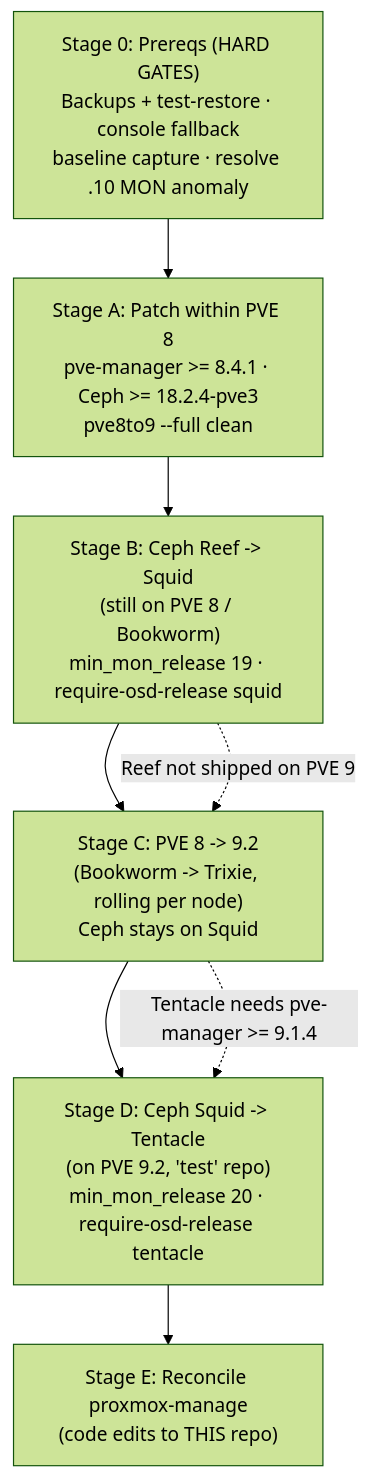
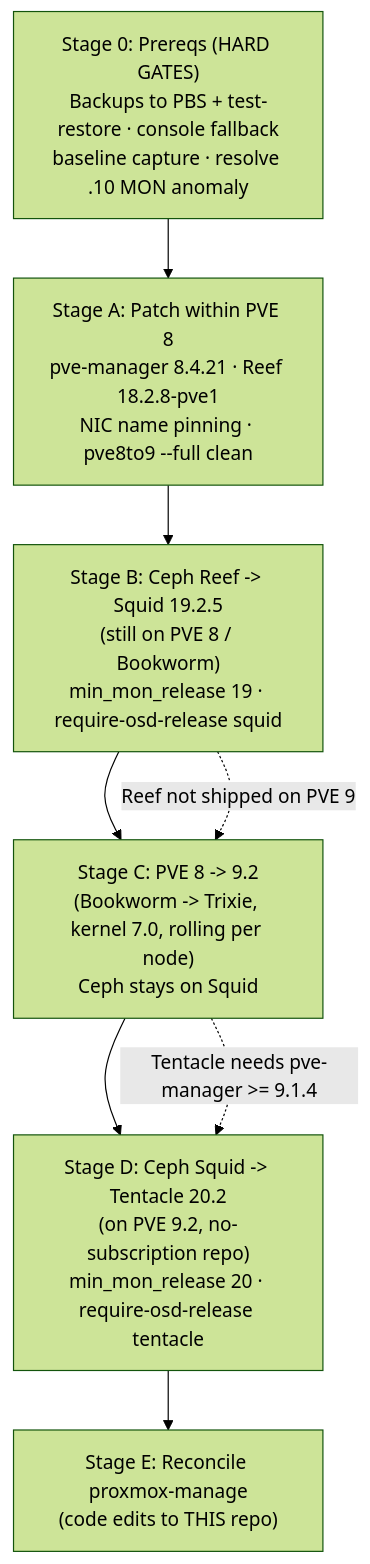
The diagram in docs/runbooks/pve9-ceph-tentacle-upgrade.md (jdkruzr/pmx), drawn with Mermaid (forest theme) before and after one commit. The commit also changed other lines of this file, not shown here.

First line of the commit message:
docs: refresh PVE 9.2 + Tentacle runbook for September 2026 state

````diff
--- a/docs/runbooks/pve9-ceph-tentacle-upgrade.md
+++ b/docs/runbooks/pve9-ceph-tentacle-upgrade.md
@@ -21,12 +24,12 @@
 ```mermaid
 flowchart TD
-    S0["Stage 0: Prereqs (HARD GATES)\nBackups + test-restore · console fallback\nbaseline capture · resolve .10 MON anomaly"]
-    SA["Stage A: Patch within PVE 8\npve-manager >= 8.4.1 · Ceph >= 18.2.4-pve3\npve8to9 --full clean"]
-    SB["Stage B: Ceph Reef -> Squid\n(still on PVE 8 / Bookworm)\nmin_mon_release 19 · require-osd-release squid"]
-    SC["Stage C: PVE 8 -> 9.2\n(Bookworm -> Trixie, rolling per node)\nCeph stays on Squid"]
-    SD["Stage D: Ceph Squid -> Tentacle\n(on PVE 9.2, 'test' repo)\nmin_mon_release 20 · require-osd-release tentacle"]
+    S0["Stage 0: Prereqs (HARD GATES)\nBackups to PBS + test-restore · console fallback\nbaseline capture · resolve .10 MON anomaly"]
+    SA["Stage A: Patch within PVE 8\npve-manager 8.4.21 · Reef 18.2.8-pve1\nNIC name pinning · pve8to9 --full clean"]
+    SB["Stage B: Ceph Reef -> Squid 19.2.5\n(still on PVE 8 / Bookworm)\nmin_mon_release 19 · require-osd-release squid"]
+    SC["Stage C: PVE 8 -> 9.2\n(Bookworm -> Trixie, kernel 7.0, rolling per node)\nCeph stays on Squid"]
+    SD["Stage D: Ceph Squid -> Tentacle 20.2\n(on PVE 9.2, no-subscription repo)\nmin_mon_release 20 · require-osd-release tentacle"]
     SE["Stage E: Reconcile proxmox-manage\n(code edits to THIS repo)"]
     S0 --> SA --> SB --> SC --> SD --> SE
     SB -. "Reef not shipped on PVE 9" .-> SC
     SC -. "Tentacle needs pve-manager >= 9.1.4" .-> SD
 ```
````
